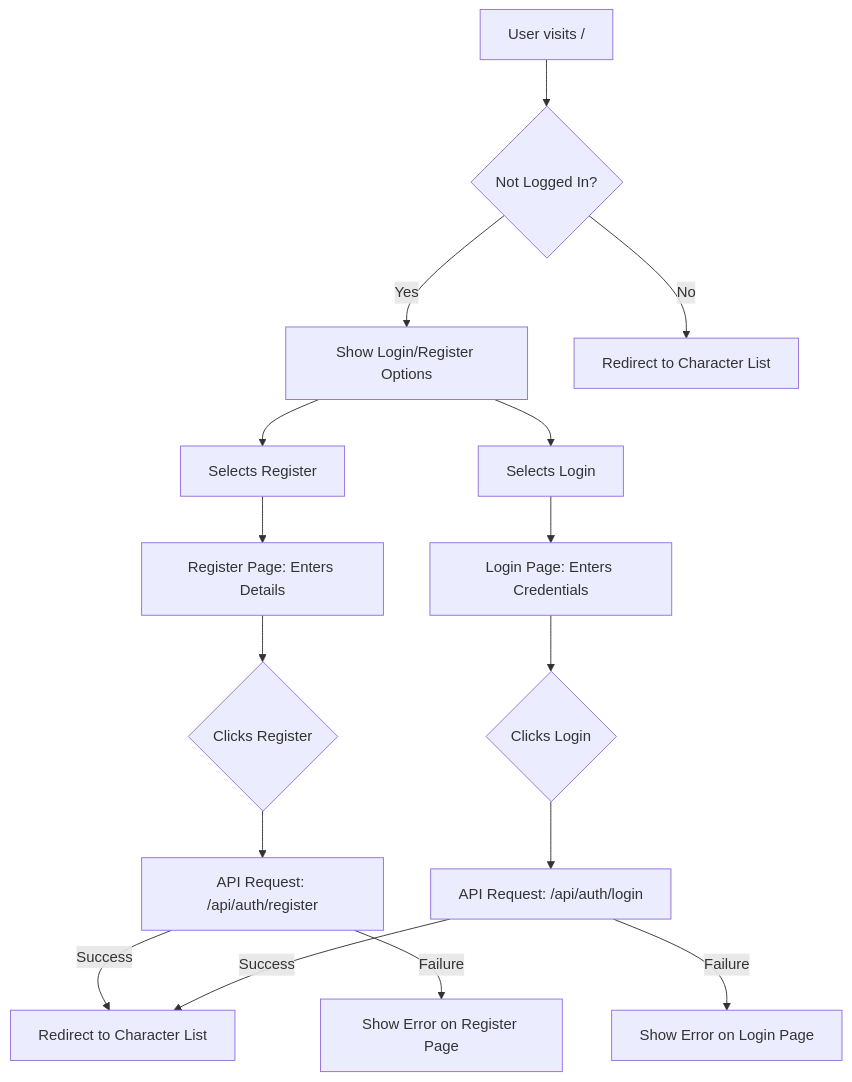
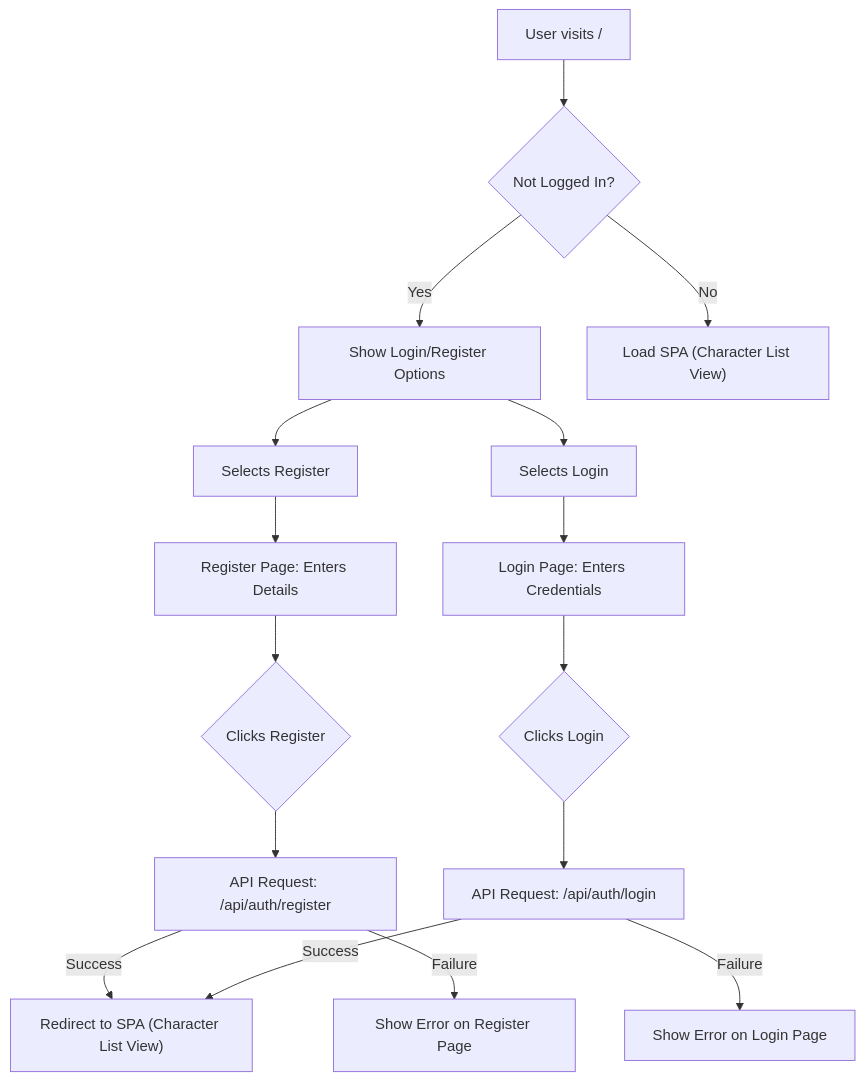
Before and after one commit to sanguinehost/scribe: the first of 4 diagrams in docs/UI_UX_SPECIFICATION.md, drawn with Mermaid. The commit also changed other lines of this file and 1 other file, not shown here.

Commit message:
docs: update documentation to reflect intention to make the chat/character/settings screens part of a SPA

````diff
--- a/docs/UI_UX_SPECIFICATION.md
+++ b/docs/UI_UX_SPECIFICATION.md
@@ -220,18 +226,18 @@
 ```mermaid
 graph TD
     A["User visits /"] --> B{"Not Logged In?"};
     B -- Yes --> C["Show Login/Register Options"];
     C --> D["Selects Register"];
     D --> E["Register Page: Enters Details"];
     E --> F{"Clicks Register"};
     F --> G["API Request: /api/auth/register"];
-    G -- Success --> H["Redirect to Character List"];
+    G -- Success --> H["Redirect to SPA (Character List View)"];
     G -- Failure --> I["Show Error on Register Page"];
     C --> J["Selects Login"];
     J --> K["Login Page: Enters Credentials"];
     K --> L{"Clicks Login"};
     L --> M["API Request: /api/auth/login"];
     M -- Success --> H;
     M -- Failure --> N["Show Error on Login Page"];
-    B -- No --> O["Redirect to Character List"];
+    B -- No --> O["Load SPA (Character List View)"];
 ```
````
